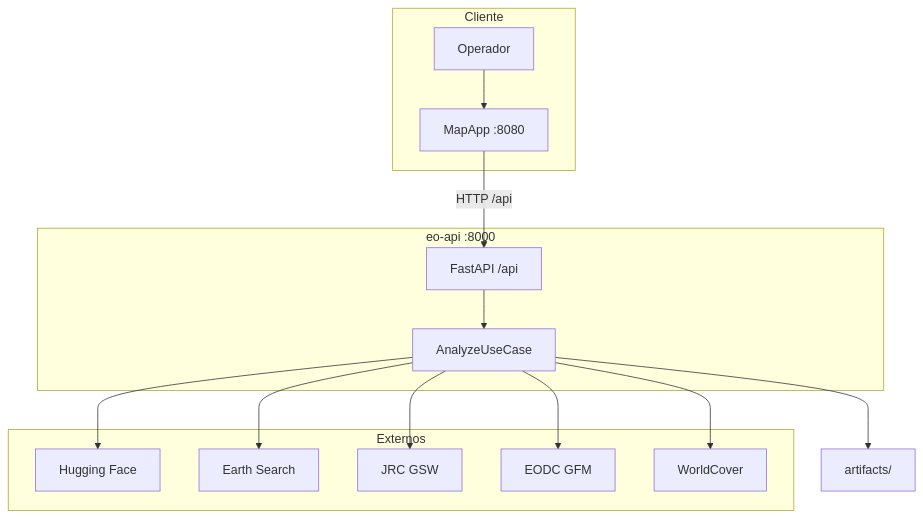
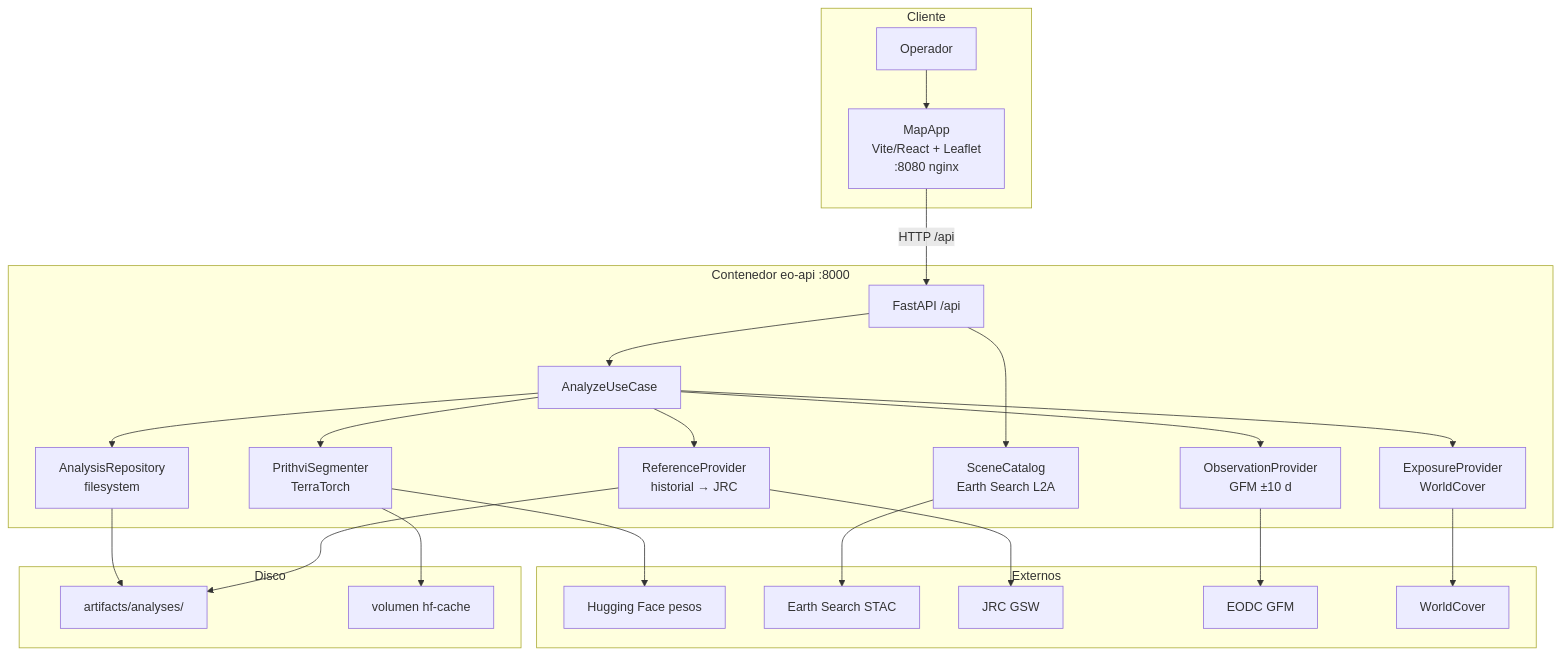
Before and after one commit to Charlsz/Tune: the first of 6 diagrams in docs/InformeFinal.md, drawn with Mermaid. The commit also changed other lines of this file, not shown here.

Commit message:
Align final-report architecture diagrams with source Mermaid files.

````diff
--- a/docs/InformeFinal.md
+++ b/docs/InformeFinal.md
@@ -122,28 +122,49 @@
 ```mermaid
 flowchart TB
   subgraph Cliente
     U[Operador]
-    W["MapApp :8080"]
+    W["MapApp<br/>Vite/React + Leaflet<br/>:8080 nginx"]
   end
-  subgraph API["eo-api :8000"]
-    HTTP["FastAPI /api"]
+
+  subgraph Contenedor_API["Contenedor eo-api :8000"]
+    API["FastAPI /api"]
     UC["AnalyzeUseCase"]
+    SEG["PrithviSegmenter<br/>TerraTorch"]
+    REF["ReferenceProvider<br/>historial → JRC"]
+    OBS["ObservationProvider<br/>GFM ±10 d"]
+    EXP["ExposureProvider<br/>WorldCover"]
+    CAT["SceneCatalog<br/>Earth Search L2A"]
+    REPO["AnalysisRepository<br/>filesystem"]
   end
+
   subgraph Externos
-    HF[Hugging Face]
-    ES[Earth Search]
-    JRC[JRC GSW]
-    GFM[EODC GFM]
-    WC[WorldCover]
+    HF[Hugging Face pesos]
+    ES[Earth Search STAC]
+    JRC["JRC GSW"]
+    GFM["EODC GFM"]
+    WC["WorldCover"]
   end
-  ART["artifacts/"]
+
+  subgraph Disco
+    ART["artifacts/analyses/"]
+    CACHE["volumen hf-cache"]
+  end
+
   U --> W
-  W -->|"HTTP /api"| HTTP
-  HTTP --> UC
-  UC --> HF
-  UC --> ES
-  UC --> JRC
-  UC --> GFM
-  UC --> WC
-  UC --> ART
+  W -->|"HTTP /api"| API
+  API --> UC
+  API --> CAT
+  UC --> SEG
+  UC --> REF
+  UC --> OBS
+  UC --> EXP
+  UC --> REPO
+  CAT --> ES
+  SEG --> HF
+  SEG --> CACHE
+  REF --> JRC
+  REF --> ART
+  OBS --> GFM
+  EXP --> WC
+  REPO --> ART
 ```
````
